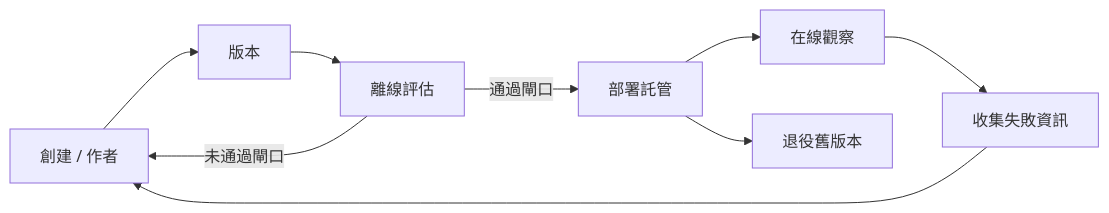
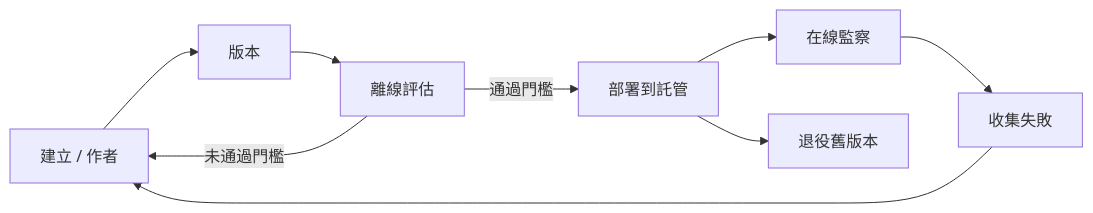
The second of 4 diagrams in translations/zh-HK/16-deploying-scalable-agents/README.md (microsoft/ai-agents-for-beginners), drawn with Mermaid before and after one commit. The commit also changed other lines of this file and 44 other files, not shown here.

````diff
--- a/translations/zh-HK/16-deploying-scalable-agents/README.md
+++ b/translations/zh-HK/16-deploying-scalable-agents/README.md
@@ -108,11 +108,11 @@
 ```mermaid
 flowchart LR
-    Create[創建 / 作者] --> Version[版本]
+    Create[建立 / 作者] --> Version[版本]
     Version --> Evaluate[離線評估]
-    Evaluate -->|通過閘口| Deploy[部署託管]
-    Evaluate -->|未通過閘口| Create
-    Deploy --> Observe[在線觀察]
-    Observe --> Improve[收集失敗資訊]
+    Evaluate -->|通過門檻| Deploy[部署到託管]
+    Evaluate -->|未通過門檻| Create
+    Deploy --> Observe[在線監察]
+    Observe --> Improve[收集失敗]
     Improve --> Create
     Deploy --> Retire[退役舊版本]
 ```
````
